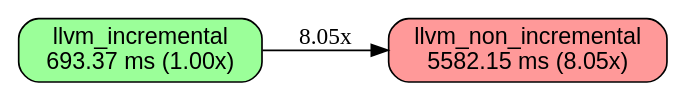
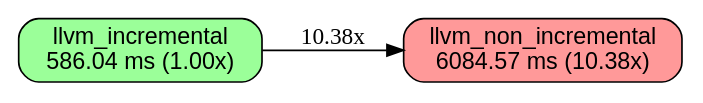
The diagram in docs/BENCHES.build-static.mid_n25.linux-x86_64-c4-container-intel.dot (orgrinrt/hilavitkutin), drawn with Graphviz before and after one commit. The commit also changed 29 other files, not shown here.

Commit message:
docs: regenerate the bench charts and add the run logs to the note

```diff
--- a/docs/BENCHES.build-static.mid_n25.linux-x86_64-c4-container-intel.dot
+++ b/docs/BENCHES.build-static.mid_n25.linux-x86_64-c4-container-intel.dot
@@ -1,14 +1,14 @@
 // AUTO-GENERATED: DO NOT EDIT DIRECTLY
 //
 // Generated by: mockspace (mock)
-// Generated at: 2026-11-16T08:49:43Z
+// Generated at: 2026-11-19T23:03:37Z
 // Source: mock/
 // To regenerate: cargo mock
 
 digraph "build-static/mid_n25 on linux-x86_64-c4-container-intel" {
   rankdir=LR;
   node [shape=box, style="rounded,filled", fontname="Helvetica"];
-  v0 [label="llvm_incremental\n693.37 ms (1.00x)", fillcolor="0.330 0.4 1.0"];
-  v1 [label="llvm_non_incremental\n5582.15 ms (8.05x)", fillcolor="0.000 0.4 1.0"];
-  v0 -> v1 [label="8.05x"];
+  v0 [label="llvm_incremental\n586.04 ms (1.00x)", fillcolor="0.330 0.4 1.0"];
+  v1 [label="llvm_non_incremental\n6084.57 ms (10.38x)", fillcolor="0.000 0.4 1.0"];
+  v0 -> v1 [label="10.38x"];
 }
```
